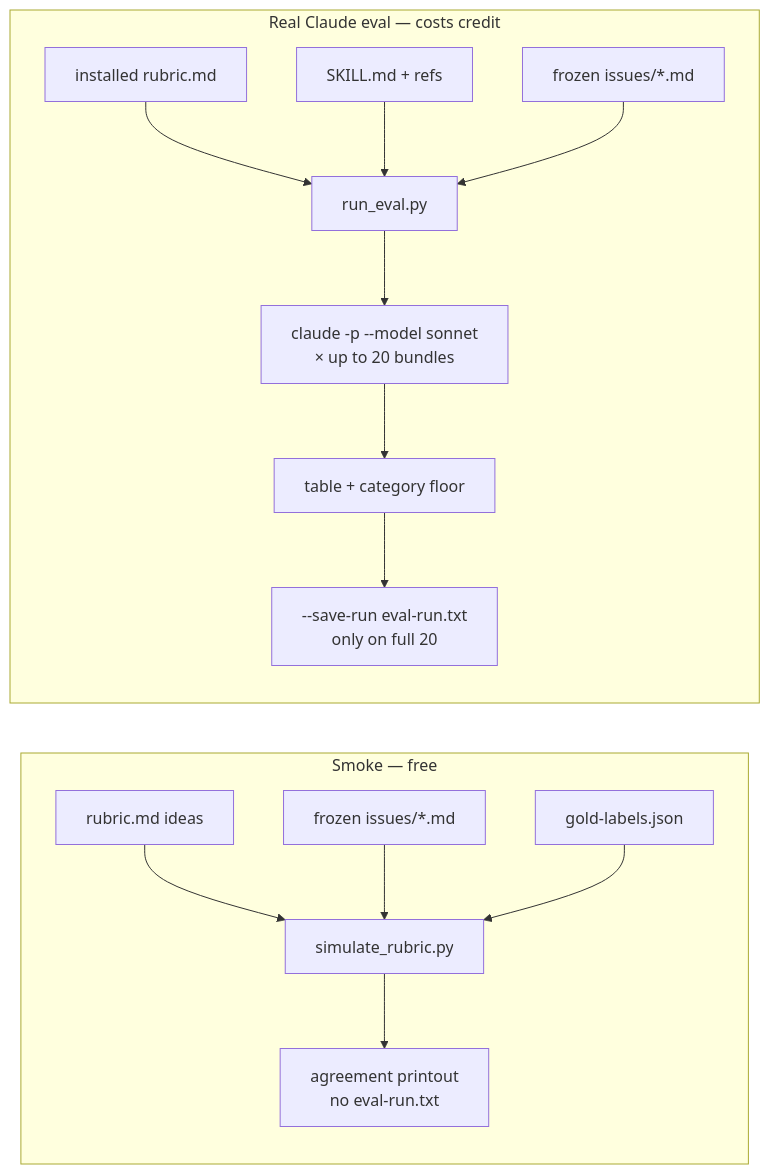
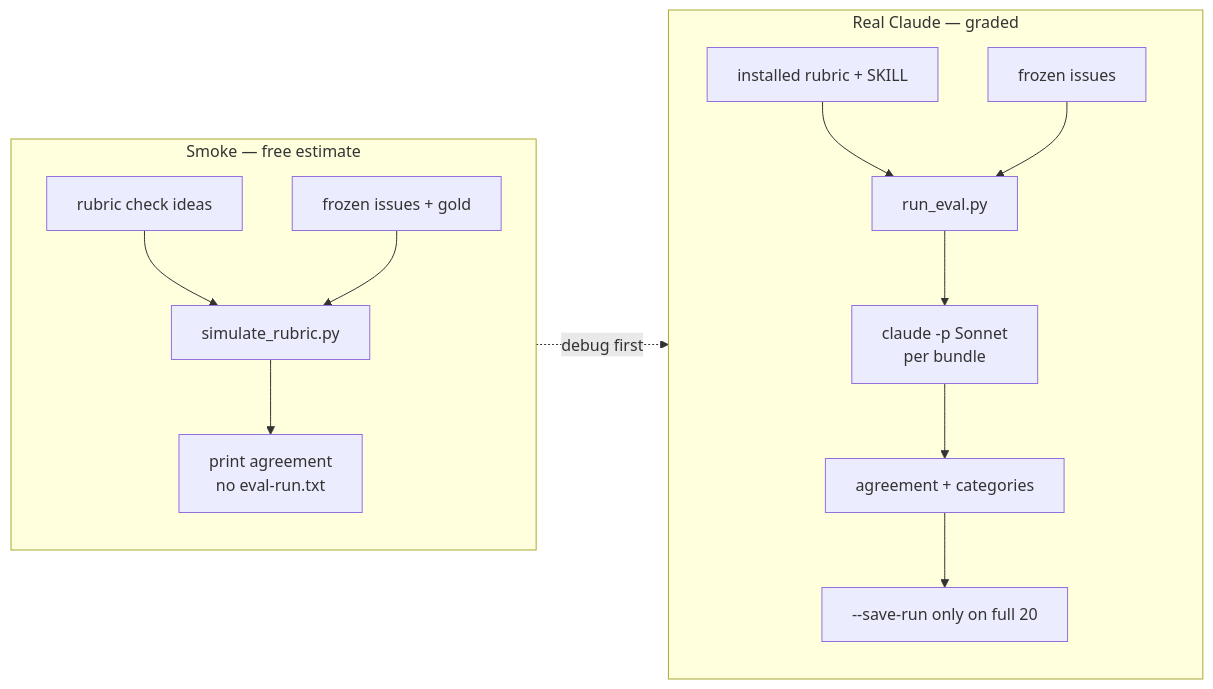
The first of 2 diagrams in beat-1-sandbox/unit-1/2026-09-21-smoke-vs-claude-eval.md (speculaas/ai301-coursework-trilogy-preview), drawn with Mermaid before and after one commit. The commit also changed other lines of this file, not shown here.

First line of the commit message:
Clarify smoke vs Claude fidelity and side-by-side Mermaid layout.

````diff
--- a/beat-1-sandbox/unit-1/2026-09-21-smoke-vs-claude-eval.md
+++ b/beat-1-sandbox/unit-1/2026-09-21-smoke-vs-claude-eval.md
@@ -21,18 +25,20 @@
 ```mermaid
 flowchart LR
-  subgraph smoke [Smoke — free]
-    R1[rubric.md ideas] --> S[simulate_rubric.py]
-    B1[frozen issues/*.md] --> S
-    G1[gold-labels.json] --> S
-    S --> O1[agreement printout<br/>no eval-run.txt]
+  subgraph S["Smoke — free estimate"]
+    direction TB
+    s1[rubric check ideas] --> s2[simulate_rubric.py]
+    s3[frozen issues + gold] --> s2
+    s2 --> s4["print agreement<br/>no eval-run.txt"]
   end
 
-  subgraph real [Real Claude eval — costs credit]
-    R2[installed rubric.md] --> H[run_eval.py]
-    SK[SKILL.md + refs] --> H
-    B2[frozen issues/*.md] --> H
-    H --> C["claude -p --model sonnet<br/>× up to 20 bundles"]
-    C --> O2[table + category floor]
-    O2 --> F["--save-run eval-run.txt<br/>only on full 20"]
+  subgraph R["Real Claude — graded"]
+    direction TB
+    r1[installed rubric + SKILL] --> r2[run_eval.py]
+    r3[frozen issues] --> r2
+    r2 --> r4["claude -p Sonnet<br/>per bundle"]
+    r4 --> r5[agreement + categories]
+    r5 --> r6["--save-run only on full 20"]
   end
+
+  S -.->|debug first| R
 ```
````
